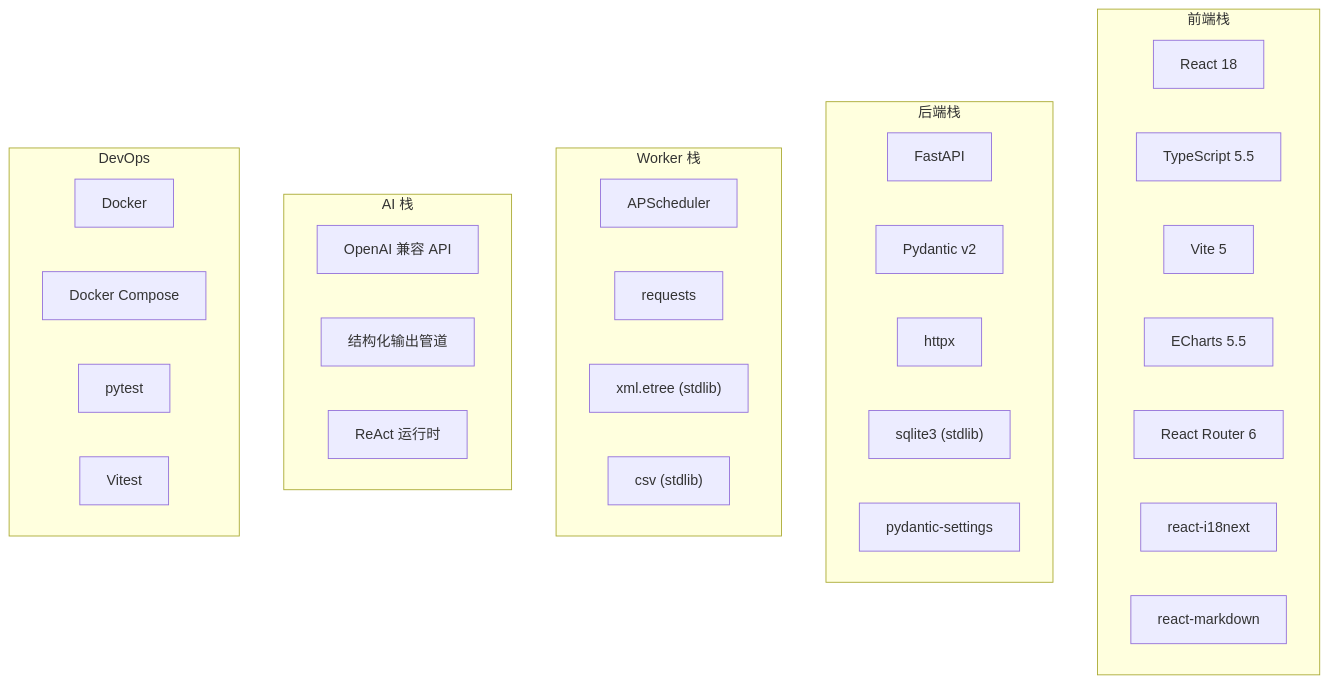
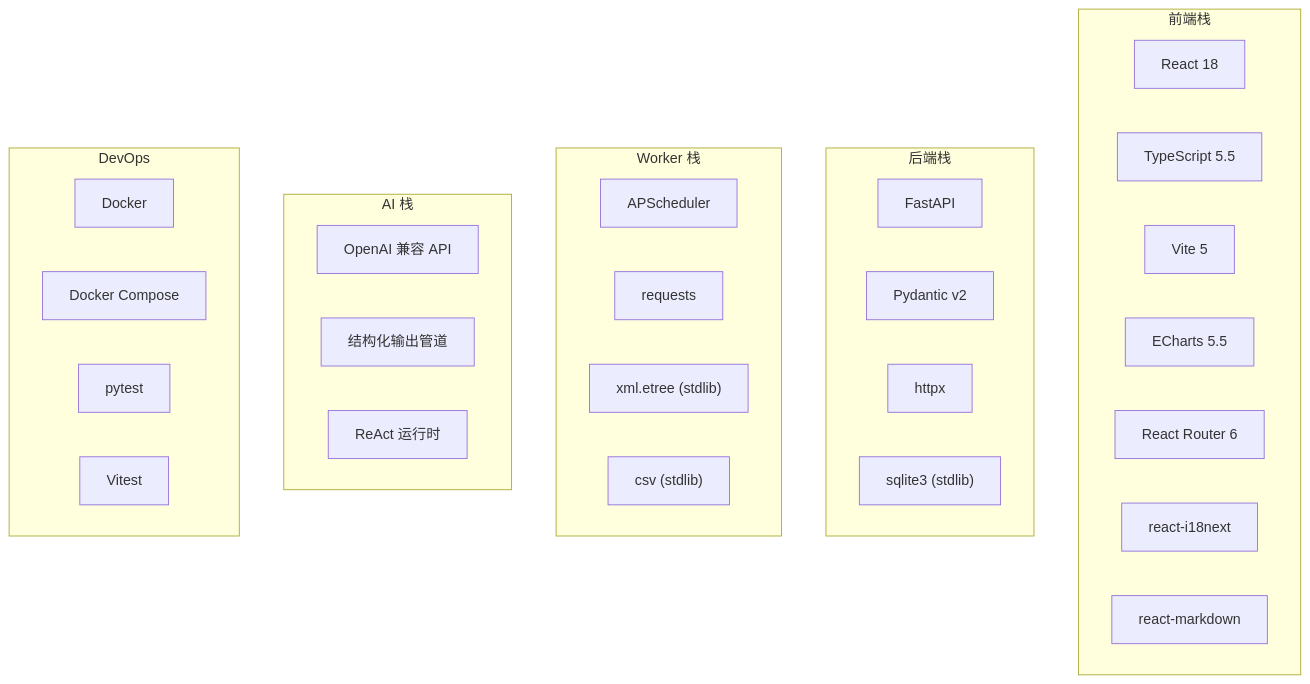
Before and after one commit to XUranus/ibkr-dash: the first of 5 diagrams in docs/i18n/zh-CN/docusaurus-plugin-content-docs/current/architecture/tech-stack.md, drawn with Mermaid. The commit also changed other lines of this file and 152 other files, not shown here.

````diff
--- a/docs/i18n/zh-CN/docusaurus-plugin-content-docs/current/architecture/tech-stack.md
+++ b/docs/i18n/zh-CN/docusaurus-plugin-content-docs/current/architecture/tech-stack.md
@@ -14,40 +14,39 @@
 ```mermaid
 graph TB
     subgraph Frontend ["前端栈"]
         React["React 18"]
         TS["TypeScript 5.5"]
         Vite["Vite 5"]
         ECharts["ECharts 5.5"]
         ReactRouter["React Router 6"]
         ReactI18Next["react-i18next"]
         ReactMarkdown["react-markdown"]
     end
 
     subgraph Backend ["后端栈"]
         FastAPI["FastAPI"]
         Pydantic["Pydantic v2"]
         Httpx["httpx"]
         SQLite["sqlite3 (stdlib)"]
-        PydanticSettings["pydantic-settings"]
     end
 
     subgraph Worker ["Worker 栈"]
         APScheduler["APScheduler"]
         Requests["requests"]
         XMLParser["xml.etree (stdlib)"]
         CSVParser["csv (stdlib)"]
     end
 
     subgraph AI ["AI 栈"]
         OpenAICompat["OpenAI 兼容 API"]
         StructuredOutput["结构化输出管道"]
         ReAct["ReAct 运行时"]
     end
 
     subgraph DevOps ["DevOps"]
         Docker["Docker"]
         DockerCompose["Docker Compose"]
         Pytest["pytest"]
         Vitest["Vitest"]
     end
 ```
````
